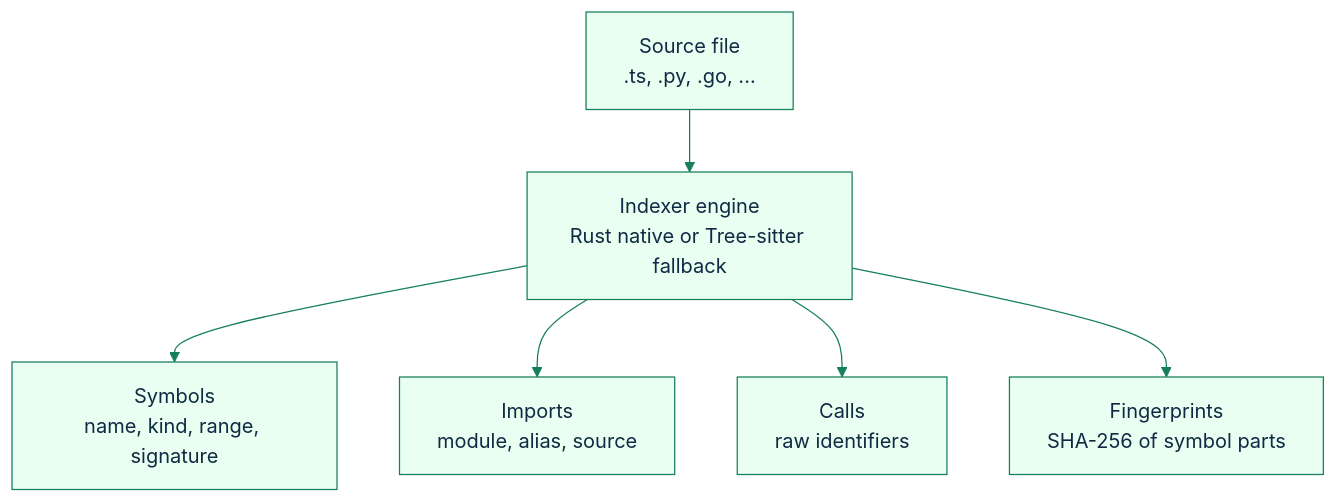
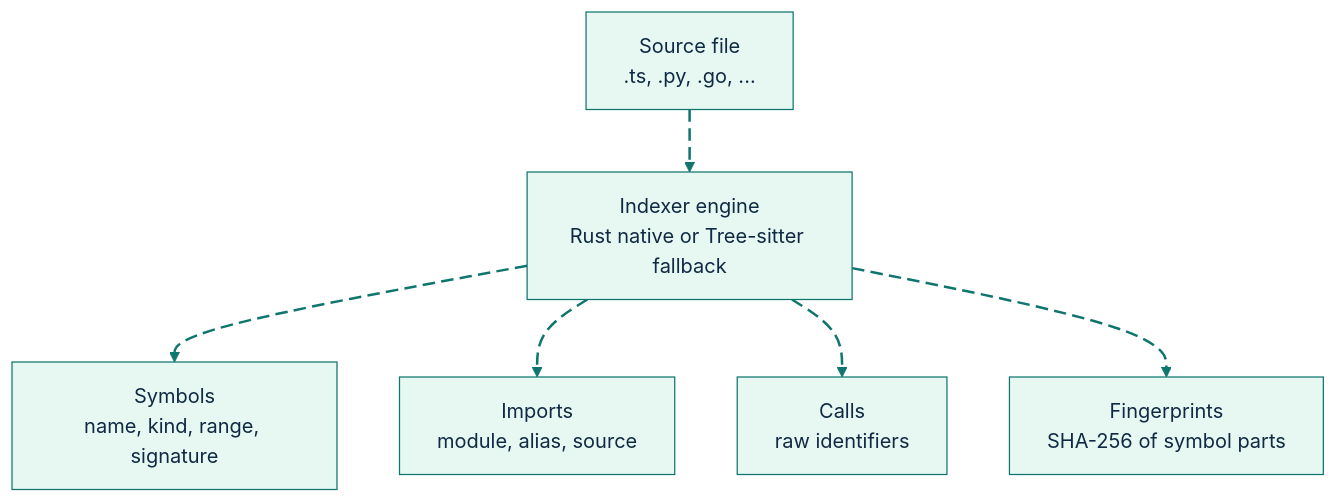
One commit to GlitterKill/sdl-mcp changed the third of 14 diagrams in docs/architecture.md. Above: the diagram before and after it, drawn with Mermaid. The commit also changed other lines of this file and 33 other files, not shown here.

First line of the commit message:
docs: update mermaid diagram themes and styling across documentation

````diff
--- a/docs/architecture.md
+++ b/docs/architecture.md
@@ -130,9 +151,18 @@
 ```mermaid
-%%{init: {"theme":"base","themeVariables":{"primaryColor":"#e8fff1","primaryBorderColor":"#157f5b","primaryTextColor":"#102a43","secondaryColor":"#eef6ff","secondaryBorderColor":"#2563eb","tertiaryColor":"#fff4d6","tertiaryBorderColor":"#b45309","lineColor":"#157f5b","fontFamily":"Trebuchet MS, Arial"},"flowchart":{"curve":"basis"}}}%%
+%%{init: {"theme":"base","themeVariables":{"background":"#ffffff","primaryColor":"#E7F8F2","primaryBorderColor":"#0F766E","primaryTextColor":"#102A43","secondaryColor":"#E8F1FF","secondaryBorderColor":"#2563EB","secondaryTextColor":"#102A43","tertiaryColor":"#FFF4D6","tertiaryBorderColor":"#B45309","tertiaryTextColor":"#102A43","lineColor":"#0F766E","textColor":"#102A43","fontFamily":"Inter, ui-sans-serif, system-ui, -apple-system, BlinkMacSystemFont, Segoe UI, sans-serif"},"flowchart":{"curve":"basis","htmlLabels":true}}}%%
 flowchart TD
-    Source["Source file<br/>.ts, .py, .go, ..."] --> Engine["Indexer engine<br/>Rust native or Tree-sitter fallback"]
-    Engine --> Symbols["Symbols<br/>name, kind, range, signature"]
-    Engine --> Imports["Imports<br/>module, alias, source"]
-    Engine --> Calls["Calls<br/>raw identifiers"]
-    Engine --> Fingerprints["Fingerprints<br/>SHA-256 of symbol parts"]
+    Source["Source file<br/>.ts, .py, .go, ..."] e1@--> Engine["Indexer engine<br/>Rust native or Tree-sitter fallback"]
+    Engine e2@--> Symbols["Symbols<br/>name, kind, range, signature"]
+    Engine e3@--> Imports["Imports<br/>module, alias, source"]
+    Engine e4@--> Calls["Calls<br/>raw identifiers"]
+    Engine e5@--> Fingerprints["Fingerprints<br/>SHA-256 of symbol parts"]
+
+    classDef source fill:#E7F8F2,stroke:#0F766E,stroke-width:2px,color:#102A43;
+    classDef process fill:#E8F1FF,stroke:#2563EB,stroke-width:2px,color:#102A43;
+    classDef decision fill:#FFF4D6,stroke:#B45309,stroke-width:2px,color:#102A43;
+    classDef storage fill:#F2E8FF,stroke:#7C3AED,stroke-width:2px,color:#102A43;
+    classDef output fill:#FFE8EF,stroke:#BE123C,stroke-width:2px,color:#102A43;
+    classDef muted fill:#F8FAFC,stroke:#64748B,stroke-width:1px,color:#102A43;
+    classDef animate stroke:#0F766E,stroke-width:2px,stroke-dasharray:10\,5,stroke-dashoffset:900,animation:dash 22s linear infinite;
+    class e1,e2,e3,e4,e5 animate;
 ```
````
